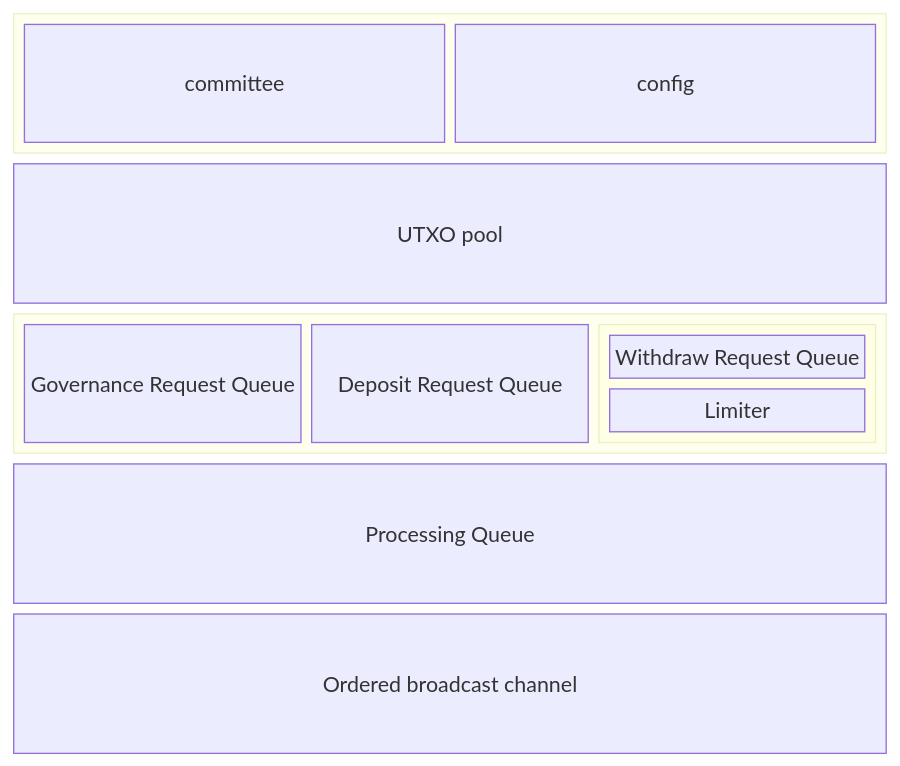
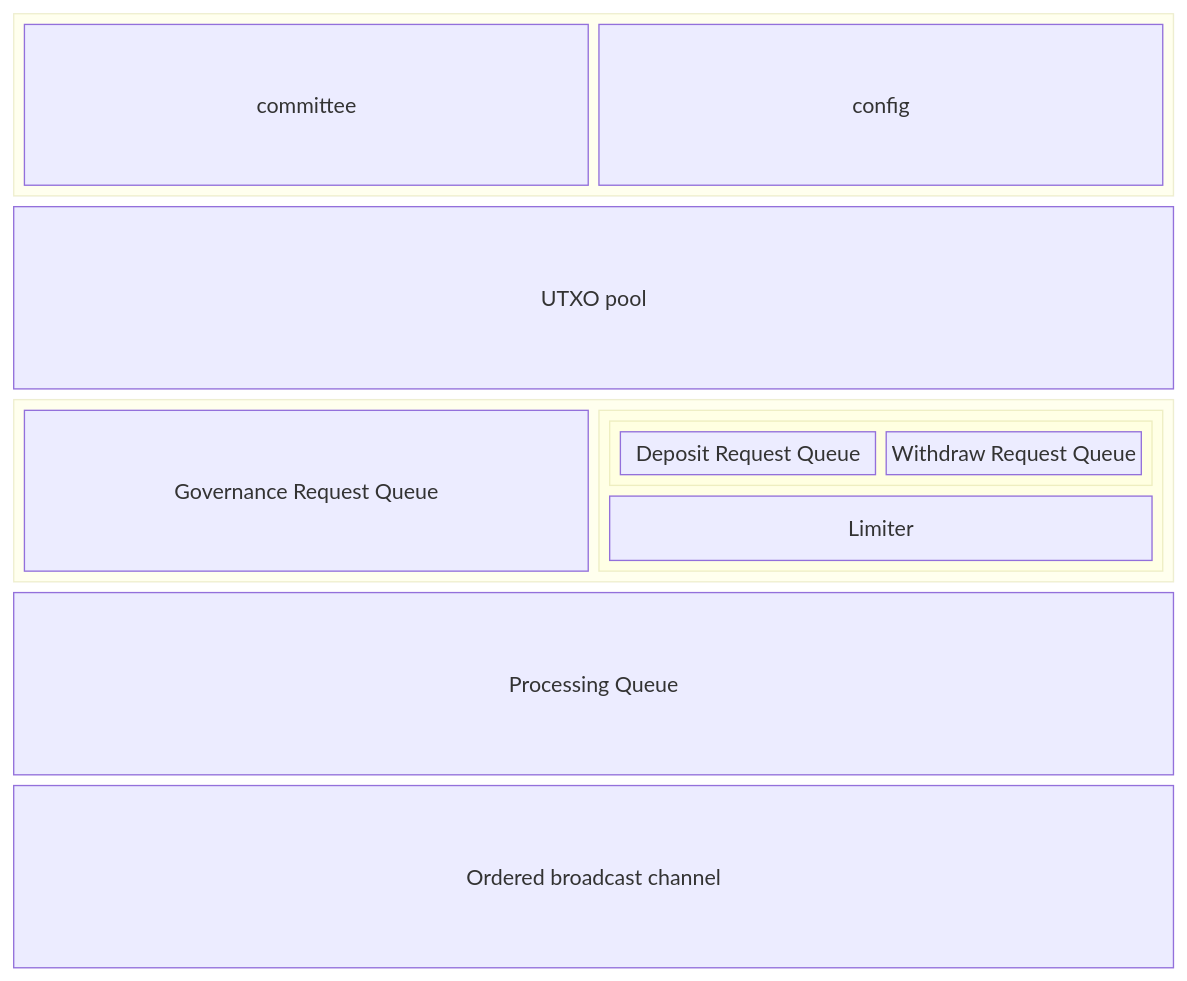
The diagram in design/src/service.md (MystenLabs/hashi), drawn with Mermaid before and after one commit. The commit also changed 1 other file, not shown here.

````diff
--- a/design/src/service.md
+++ b/design/src/service.md
@@ -25,26 +25,28 @@
 ```mermaid
 block-beta
   columns 1
 
   block
     committee
     config
   end
 
   pool["UTXO pool"]
 
   block
     gov["Governance Request Queue"]
-    deposits["Deposit Request Queue"]
 
     block
       columns 1
-      withdrawals["Withdraw Request Queue"]
+      block
+        deposits["Deposit Request Queue"]
+        withdrawals["Withdraw Request Queue"]
+      end
       Limiter
     end
 
   end
 
   processor["Processing Queue"]
   broadcast["Ordered broadcast channel"]
 ```
````
